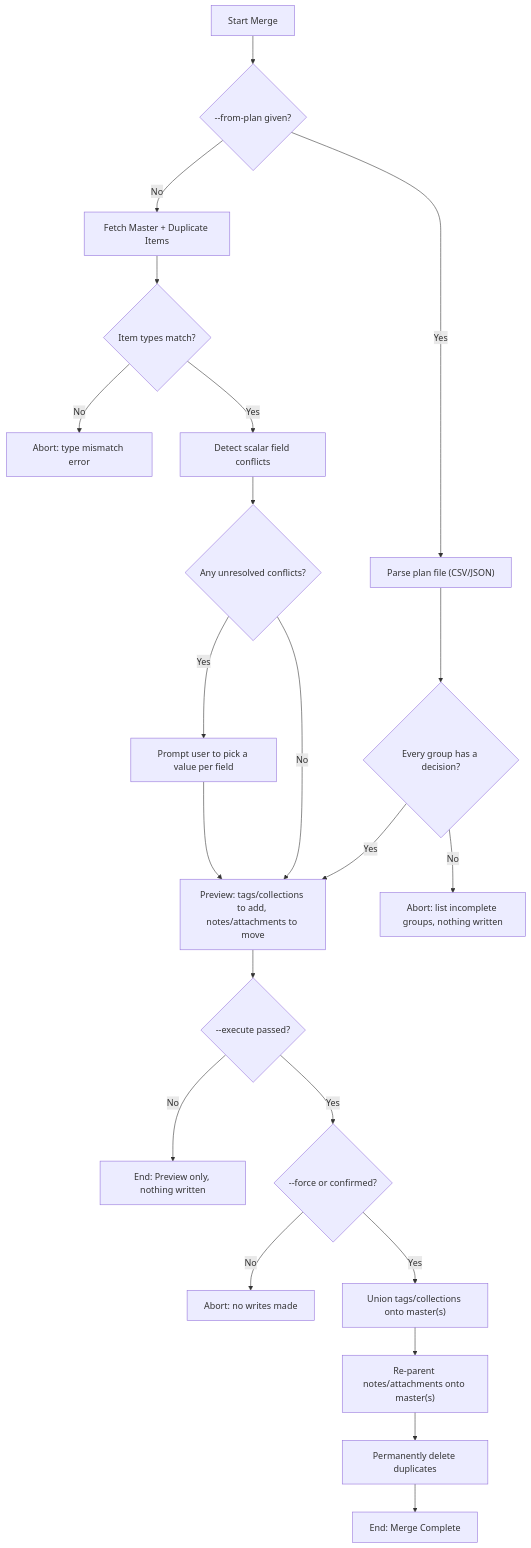
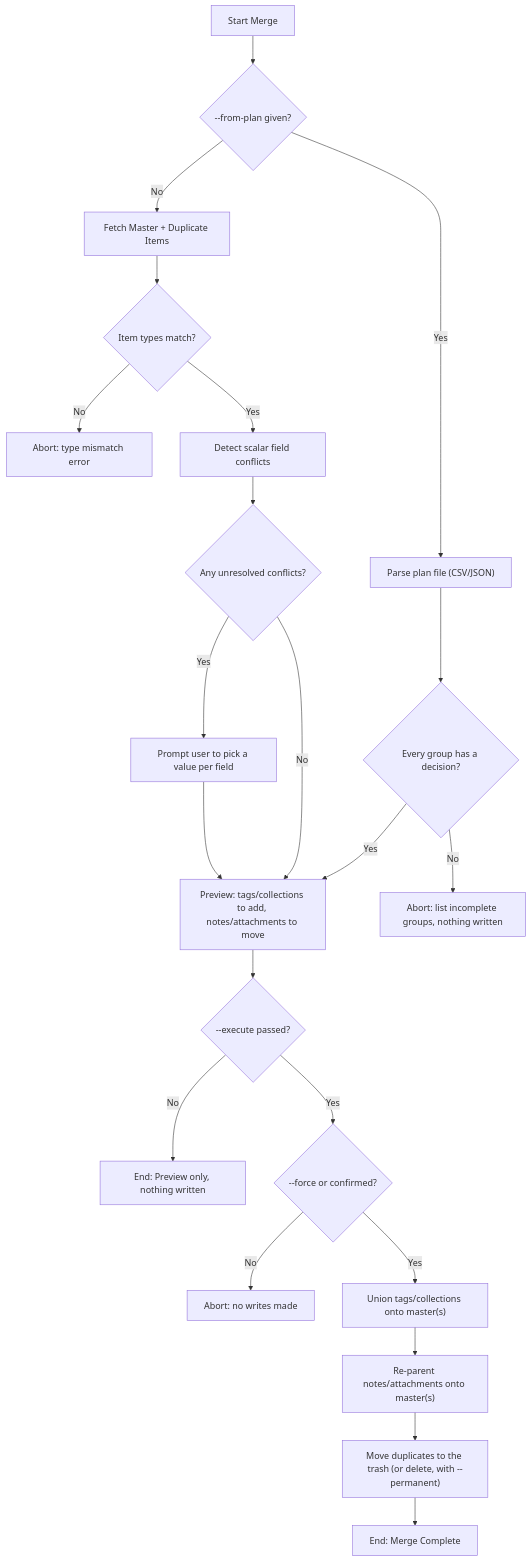
One commit to fchicout/zotero-cli changed the diagram in docs/help_specs/item_merge.md. Above: the diagram before and after it, drawn with Mermaid. The commit also changed other lines of this file and 45 other files, not shown here.

````diff
--- a/docs/help_specs/item_merge.md
+++ b/docs/help_specs/item_merge.md
@@ -8,24 +8,24 @@
 ```mermaid
 graph TD
     A["Start Merge"] --> B{"--from-plan given?"}
     B -- "No" --> C["Fetch Master + Duplicate Items"]
     C --> D{"Item types match?"}
     D -- "No" --> Z["Abort: type mismatch error"]
     D -- "Yes" --> E["Detect scalar field conflicts"]
     E --> F{"Any unresolved conflicts?"}
     F -- "Yes" --> G["Prompt user to pick a value per field"]
     G --> H["Preview: tags/collections to add, notes/attachments to move"]
     F -- "No" --> H
     B -- "Yes" --> P["Parse plan file (CSV/JSON)"]
     P --> Q{"Every group has a decision?"}
     Q -- "No" --> R["Abort: list incomplete groups, nothing written"]
     Q -- "Yes" --> H
     H --> I{"--execute passed?"}
     I -- "No" --> J["End: Preview only, nothing written"]
     I -- "Yes" --> K{"--force or confirmed?"}
     K -- "No" --> L["Abort: no writes made"]
     K -- "Yes" --> M["Union tags/collections onto master(s)"]
     M --> N["Re-parent notes/attachments onto master(s)"]
-    N --> O["Permanently delete duplicates"]
+    N --> O["Move duplicates to the trash (or delete, with --permanent)"]
     O --> S["End: Merge Complete"]
 ```
````
